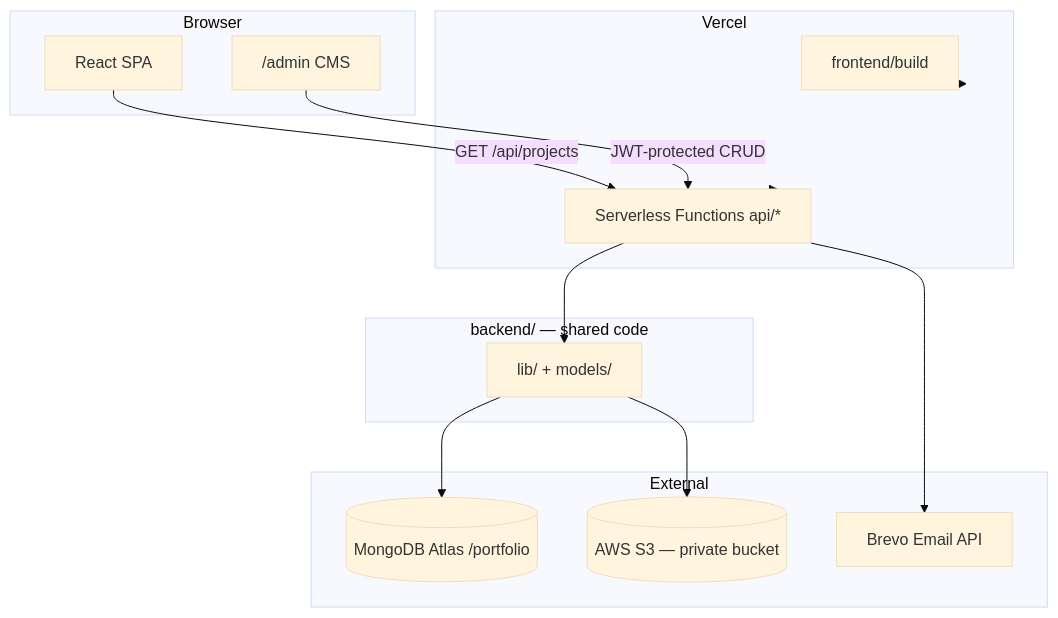
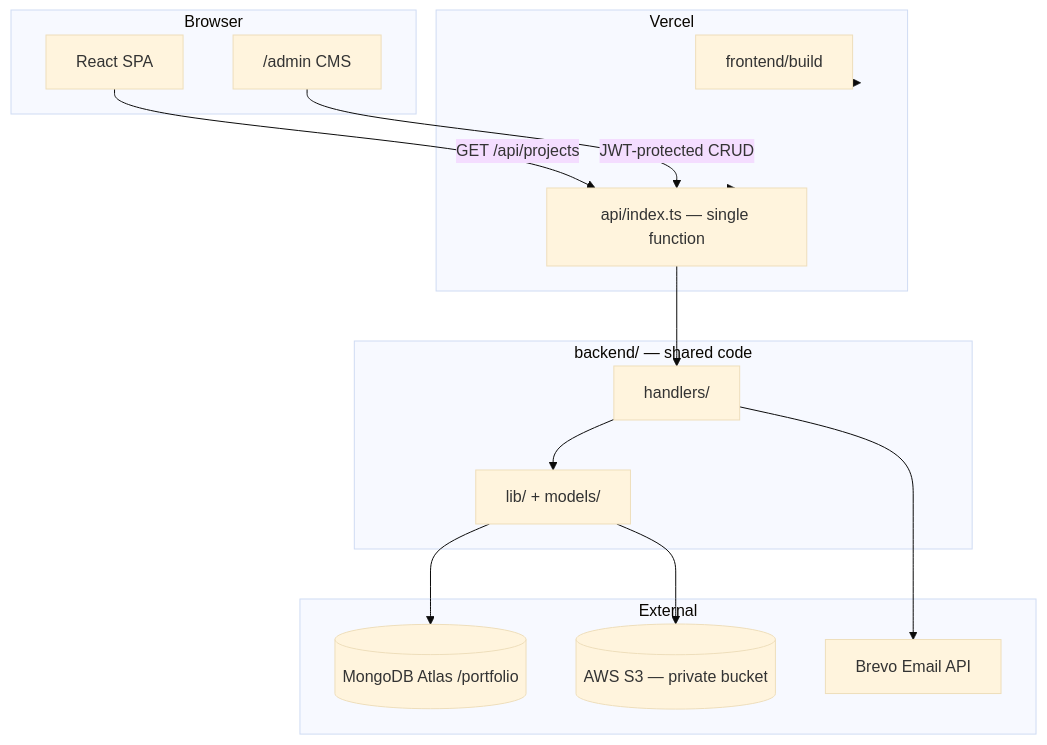
One commit to riyanqadiir/riyan-portfolio changed the diagram in docs/ARCHITECTURE.md. Above: the diagram before and after it, drawn with Mermaid (base theme). The commit also changed other lines of this file and 6 other files, not shown here.

First line of the commit message:
Update README and docs for single api/index.ts router architecture.

````diff
--- a/docs/ARCHITECTURE.md
+++ b/docs/ARCHITECTURE.md
@@ -53,32 +54,35 @@
 ```mermaid
 flowchart TB
     subgraph Browser
         SPA[React SPA]
         Admin["/admin CMS"]
     end
 
     subgraph Vercel
         Static[frontend/build]
-        API[Serverless Functions api/*]
+        API[api/index.ts — single function]
     end
 
     subgraph backend_lib[backend/ — shared code]
+        Handlers[handlers/]
         Lib[lib/ + models/]
     end
 
     subgraph External
         MongoDB[(MongoDB Atlas /portfolio)]
         S3[(AWS S3 — private bucket)]
         Brevo[Brevo Email API]
     end
 
     SPA -->|GET /api/projects| API
     Admin -->|JWT-protected CRUD| API
-    API --> Lib
+    API --> Handlers
+    Handlers --> Lib
     Lib --> MongoDB
+
     Lib --> S3
-    API --> Brevo
+    Handlers --> Brevo
 
     Vercel --> Static
     Vercel --> API
 ```
````
